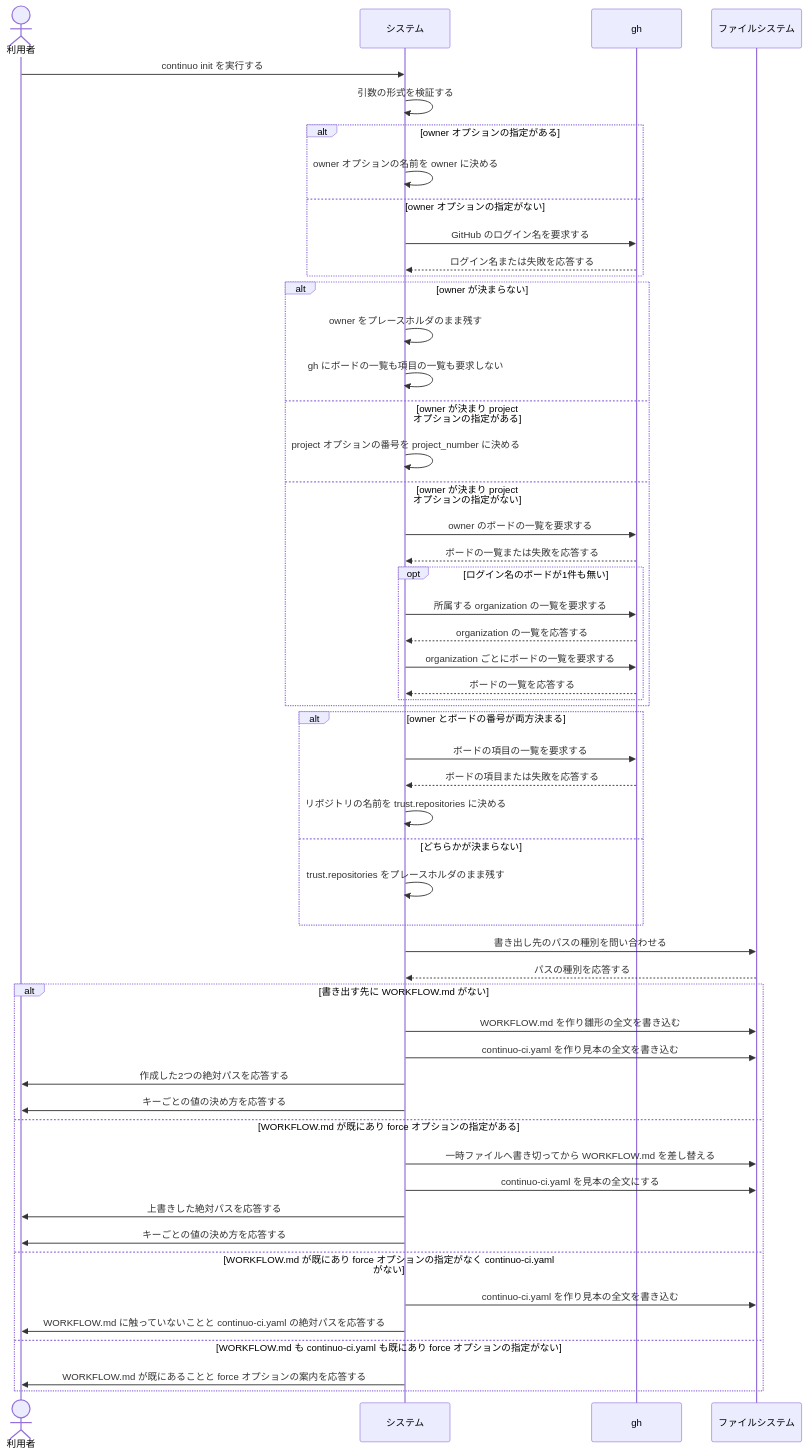
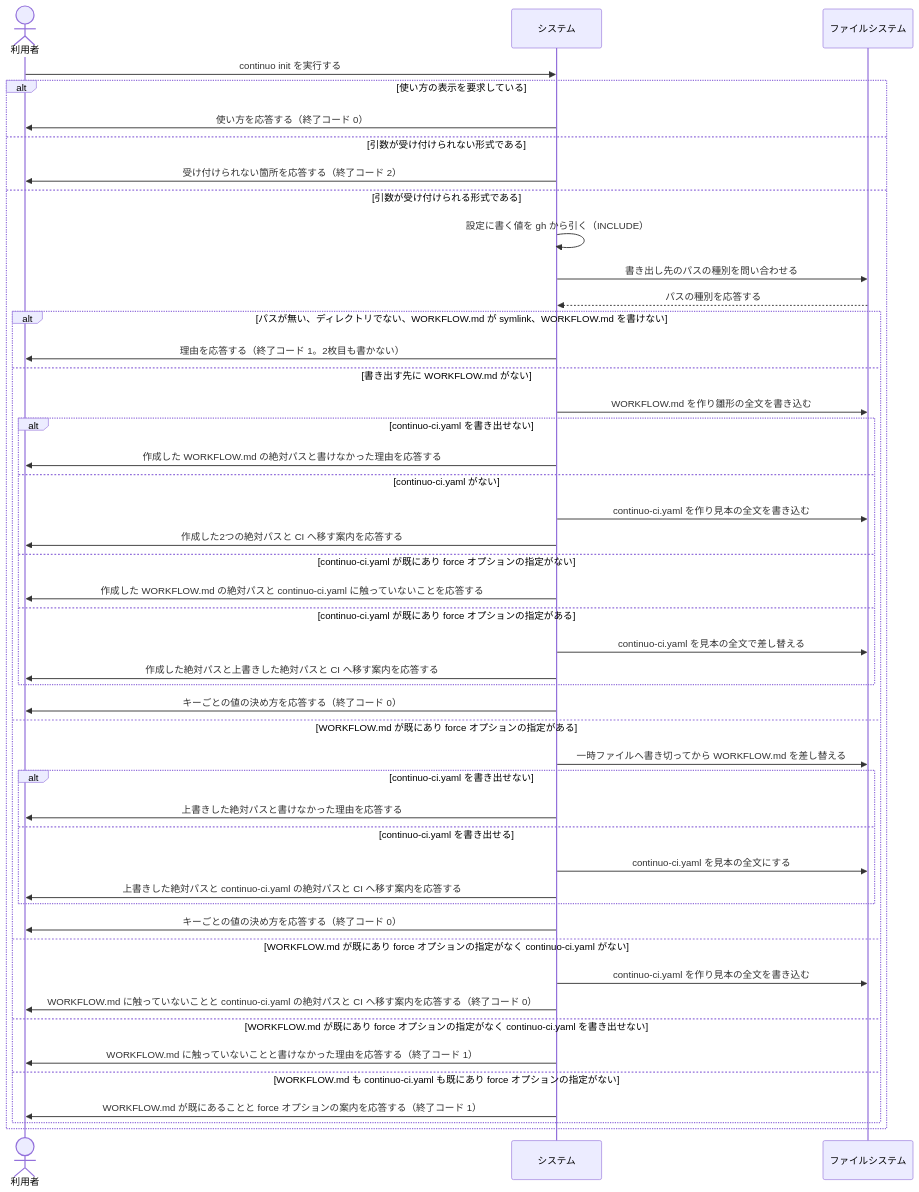
One commit to maimuzo/continuo changed the second of 2 diagrams in docs/spec/usecases/particular_case/設定ファイルを作る.rucm.md. Above: the diagram before and after it, drawn with Mermaid. The commit also changed other lines of this file and 17 other files, not shown here.

````diff
--- a/docs/spec/usecases/particular_case/設定ファイルを作る.rucm.md
+++ b/docs/spec/usecases/particular_case/設定ファイルを作る.rucm.md
@@ -359,61 +366,50 @@
 ```mermaid
 sequenceDiagram
     actor 利用者
     participant システム
-    participant gh
     participant ファイルシステム
 
     利用者->>システム: continuo init を実行する
-    システム->>システム: 引数の形式を検証する
-
-    alt owner オプションの指定がある
-        システム->>システム: owner オプションの名前を owner に決める
-    else owner オプションの指定がない
-        システム->>gh: GitHub のログイン名を要求する
-        gh-->>システム: ログイン名または失敗を応答する
-    end
-
-    alt owner が決まらない
-        システム->>システム: owner をプレースホルダのまま残す
-        システム->>システム: gh にボードの一覧も項目の一覧も要求しない
-    else owner が決まり project オプションの指定がある
-        システム->>システム: project オプションの番号を project_number に決める
-    else owner が決まり project オプションの指定がない
-        システム->>gh: owner のボードの一覧を要求する
-        gh-->>システム: ボードの一覧または失敗を応答する
-        opt ログイン名のボードが1件も無い
-            システム->>gh: 所属する organization の一覧を要求する
-            gh-->>システム: organization の一覧を応答する
-            システム->>gh: organization ごとにボードの一覧を要求する
-            gh-->>システム: ボードの一覧を応答する
+    alt 使い方の表示を要求している
+        システム->>利用者: 使い方を応答する（終了コード 0）
+    else 引数が受け付けられない形式である
+        システム->>利用者: 受け付けられない箇所を応答する（終了コード 2）
+    else 引数が受け付けられる形式である
+        システム->>システム: 設定に書く値を gh から引く（INCLUDE）
+        システム->>ファイルシステム: 書き出し先のパスの種別を問い合わせる
+        ファイルシステム-->>システム: パスの種別を応答する
+        alt パスが無い、ディレクトリでない、WORKFLOW.md が symlink、WORKFLOW.md を書けない
+            システム->>利用者: 理由を応答する（終了コード 1。2枚目も書かない）
+        else 書き出す先に WORKFLOW.md がない
+            システム->>ファイルシステム: WORKFLOW.md を作り雛形の全文を書き込む
+            alt continuo-ci.yaml を書き出せない
+                システム->>利用者: 作成した WORKFLOW.md の絶対パスと書けなかった理由を応答する
+            else continuo-ci.yaml がない
+                システム->>ファイルシステム: continuo-ci.yaml を作り見本の全文を書き込む
+                システム->>利用者: 作成した2つの絶対パスと CI へ移す案内を応答する
+            else continuo-ci.yaml が既にあり force オプションの指定がない
+                システム->>利用者: 作成した WORKFLOW.md の絶対パスと continuo-ci.yaml に触っていないことを応答する
+            else continuo-ci.yaml が既にあり force オプションの指定がある
+                システム->>ファイルシステム: continuo-ci.yaml を見本の全文で差し替える
+                システム->>利用者: 作成した絶対パスと上書きした絶対パスと CI へ移す案内を応答する
+            end
+            システム->>利用者: キーごとの値の決め方を応答する（終了コード 0）
+        else WORKFLOW.md が既にあり force オプションの指定がある
+            システム->>ファイルシステム: 一時ファイルへ書き切ってから WORKFLOW.md を差し替える
+            alt continuo-ci.yaml を書き出せない
+                システム->>利用者: 上書きした絶対パスと書けなかった理由を応答する
+            else continuo-ci.yaml を書き出せる
+                システム->>ファイルシステム: continuo-ci.yaml を見本の全文にする
+                システム->>利用者: 上書きした絶対パスと continuo-ci.yaml の絶対パスと CI へ移す案内を応答する
+            end
+            システム->>利用者: キーごとの値の決め方を応答する（終了コード 0）
+        else WORKFLOW.md が既にあり force オプションの指定がなく continuo-ci.yaml がない
+            システム->>ファイルシステム: continuo-ci.yaml を作り見本の全文を書き込む
+            システム->>利用者: WORKFLOW.md に触っていないことと continuo-ci.yaml の絶対パスと CI へ移す案内を応答する（終了コード 0）
+        else WORKFLOW.md が既にあり force オプションの指定がなく continuo-ci.yaml を書き出せない
+            システム->>利用者: WORKFLOW.md に触っていないことと書けなかった理由を応答する（終了コード 1）
+        else WORKFLOW.md も continuo-ci.yaml も既にあり force オプションの指定がない
+            システム->>利用者: WORKFLOW.md が既にあることと force オプションの案内を応答する（終了コード 1）
         end
     end
-
-    alt owner とボードの番号が両方決まる
-        システム->>gh: ボードの項目の一覧を要求する
-        gh-->>システム: ボードの項目または失敗を応答する
-        システム->>システム: リポジトリの名前を trust.repositories に決める
-    else どちらかが決まらない
-        システム->>システム: trust.repositories をプレースホルダのまま残す
-    end
-
-    システム->>ファイルシステム: 書き出し先のパスの種別を問い合わせる
-    ファイルシステム-->>システム: パスの種別を応答する
-
-    alt 書き出す先に WORKFLOW.md がない
-        システム->>ファイルシステム: WORKFLOW.md を作り雛形の全文を書き込む
-        システム->>ファイルシステム: continuo-ci.yaml を作り見本の全文を書き込む
-        システム->>利用者: 作成した2つの絶対パスを応答する
-        システム->>利用者: キーごとの値の決め方を応答する
-    else WORKFLOW.md が既にあり force オプションの指定がある
-        システム->>ファイルシステム: 一時ファイルへ書き切ってから WORKFLOW.md を差し替える
-        システム->>ファイルシステム: continuo-ci.yaml を見本の全文にする
-        システム->>利用者: 上書きした絶対パスを応答する
-        システム->>利用者: キーごとの値の決め方を応答する
-    else WORKFLOW.md が既にあり force オプションの指定がなく continuo-ci.yaml がない
-        システム->>ファイルシステム: continuo-ci.yaml を作り見本の全文を書き込む
-        システム->>利用者: WORKFLOW.md に触っていないことと continuo-ci.yaml の絶対パスを応答する
-    else WORKFLOW.md も continuo-ci.yaml も既にあり force オプションの指定がない
-        システム->>利用者: WORKFLOW.md が既にあることと force オプションの案内を応答する
-    end
 ```
````
